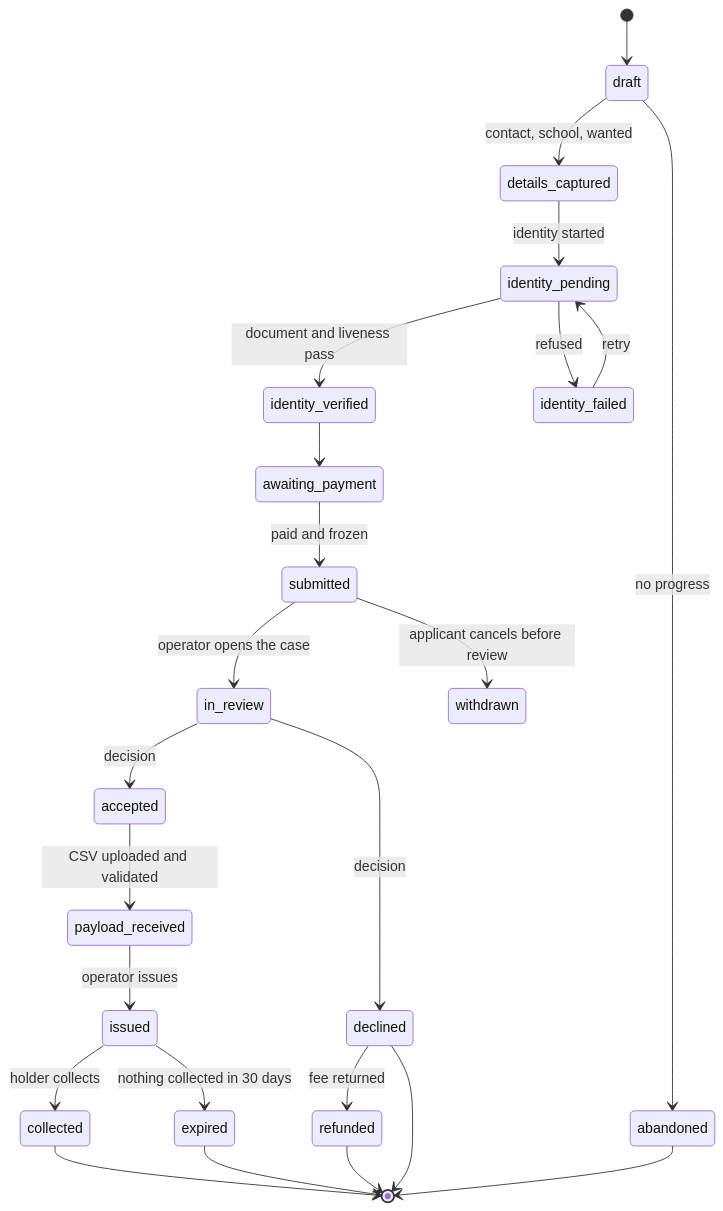
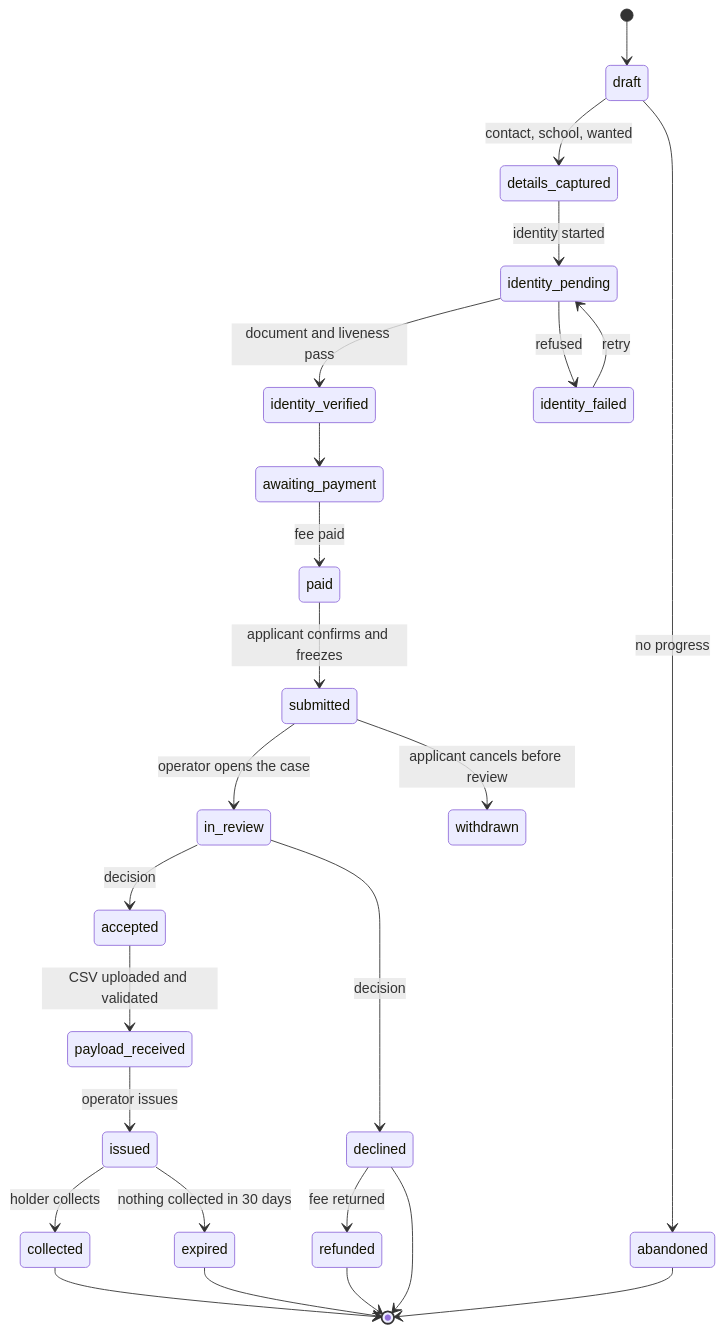
Before and after one commit to smelme/transcript: the second of 4 diagrams in docs/architecture/alumni-manual-request-architecture.md, drawn with Mermaid. The commit also changed other lines of this file and 4 other files, not shown here.

````diff
--- a/docs/architecture/alumni-manual-request-architecture.md
+++ b/docs/architecture/alumni-manual-request-architecture.md
@@ -253,26 +269,27 @@
 ```mermaid
 stateDiagram-v2
   [*] --> draft
   draft --> details_captured: contact, school, wanted
   details_captured --> identity_pending: identity started
   identity_pending --> identity_verified: document and liveness pass
   identity_pending --> identity_failed: refused
   identity_failed --> identity_pending: retry
   identity_verified --> awaiting_payment
-  awaiting_payment --> submitted: paid and frozen
+  awaiting_payment --> paid: fee paid
+  paid --> submitted: applicant confirms and freezes
   submitted --> in_review: operator opens the case
   in_review --> accepted: decision
   in_review --> declined: decision
   declined --> refunded: fee returned
   accepted --> payload_received: CSV uploaded and validated
   payload_received --> issued: operator issues
   issued --> collected: holder collects
   issued --> expired: nothing collected in 30 days
   draft --> abandoned: no progress
   submitted --> withdrawn: applicant cancels before review
   refunded --> [*]
   collected --> [*]
   declined --> [*]
   expired --> [*]
   abandoned --> [*]
 ```
````
